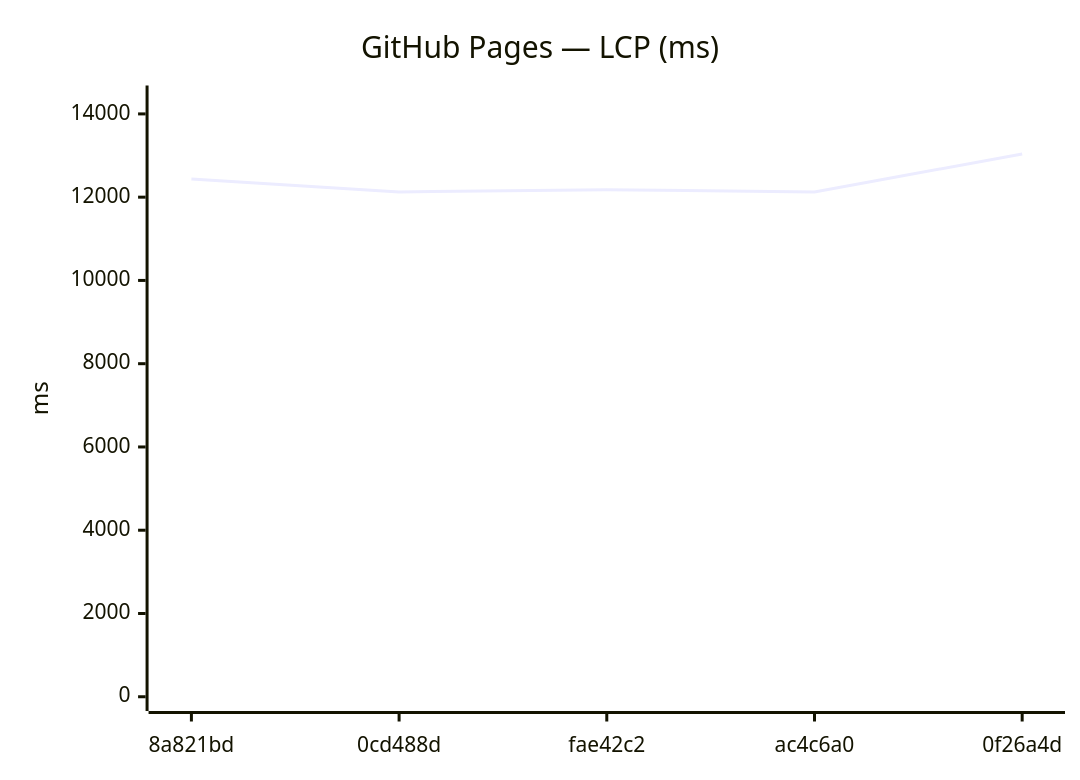
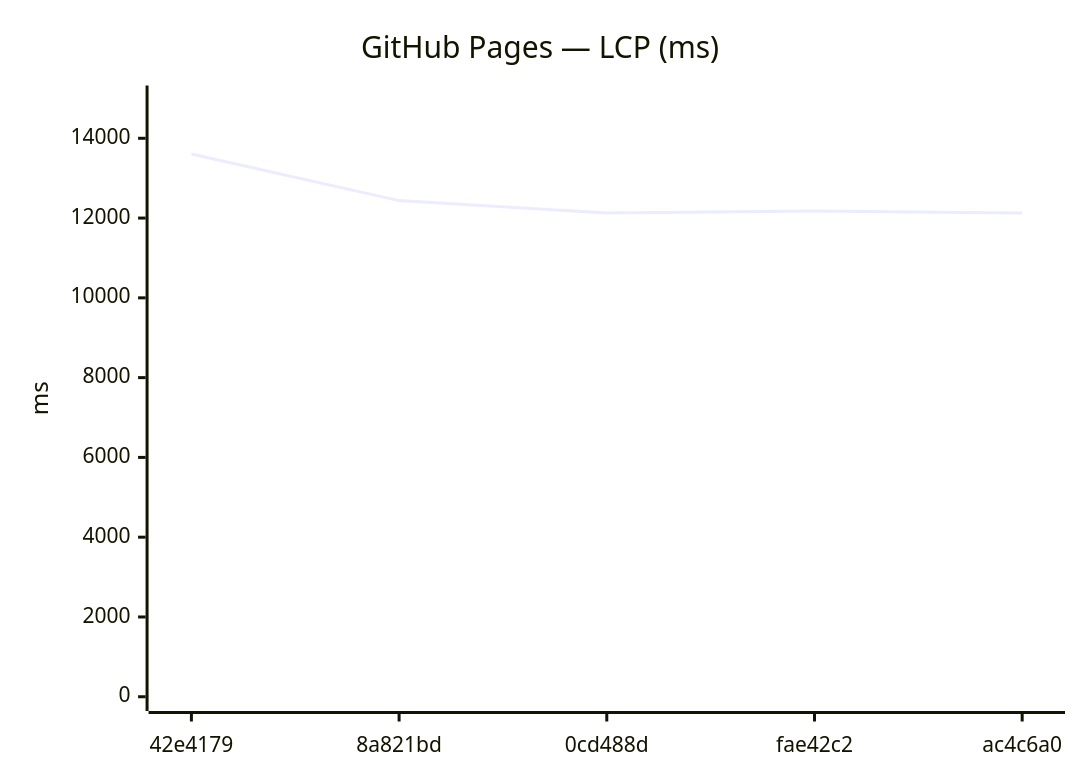
The ninth of 18 diagrams in benchmarks/compare.md (Metaheurist/Rianell), drawn with Mermaid before and after one commit. The commit also changed other lines of this file and 11 other files, not shown here.

````diff
--- a/benchmarks/compare.md
+++ b/benchmarks/compare.md
@@ -142,7 +142,7 @@
 ```mermaid
 xychart-beta
     title "GitHub Pages — LCP (ms)"
-    x-axis ["8a821bd", "0cd488d", "fae42c2", "ac4c6a0", "0f26a4d"]
-    y-axis "ms" 0 --> 14340
-    line [12438, 12126, 12180, 12127, 13036]
+    x-axis ["42e4179", "8a821bd", "0cd488d", "fae42c2", "ac4c6a0"]
+    y-axis "ms" 0 --> 14966
+    line [13605, 12438, 12126, 12180, 12127]
 ```
````
